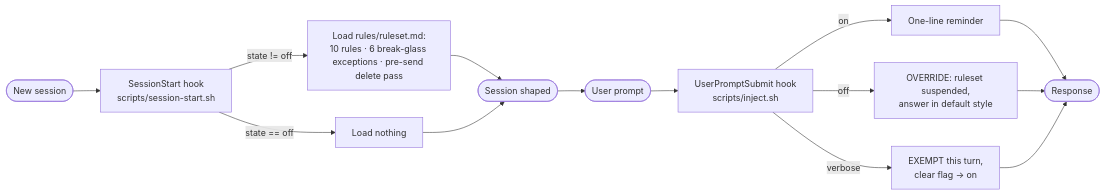
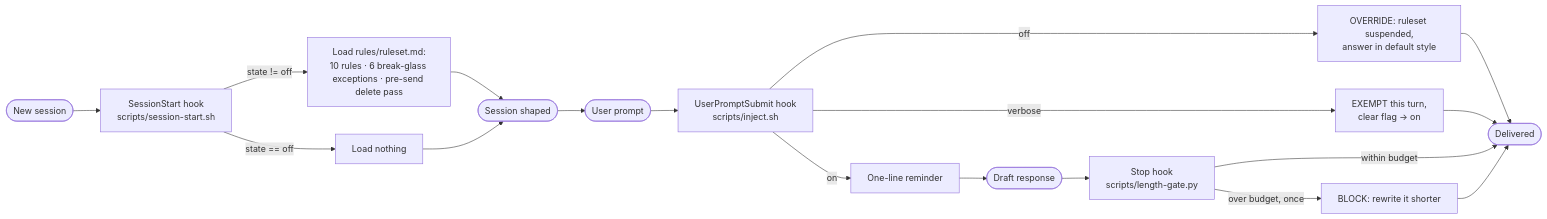
Before and after one commit to alphabravo-oss/guild: the diagram in plugins/tldr/README.md, drawn with Mermaid. The commit also changed other lines of this file and 6 other files, not shown here.

````diff
--- a/plugins/tldr/README.md
+++ b/plugins/tldr/README.md
@@ -41,17 +47,21 @@
 ```mermaid
 flowchart LR
     start([New session]) --> ss[SessionStart hook<br/>scripts/session-start.sh]
     ss -->|state != off| rules["Load rules/ruleset.md:<br/>10 rules · 6 break-glass exceptions · pre-send delete pass"]
     ss -->|state == off| skip[Load nothing]
     rules --> ready([Session shaped])
     skip --> ready
 
     ready --> user([User prompt])
     user --> up[UserPromptSubmit hook<br/>scripts/inject.sh]
     up -->|on| remind["One-line reminder"]
     up -->|off| override["OVERRIDE: ruleset suspended,<br/>answer in default style"]
     up -->|verbose| exempt["EXEMPT this turn,<br/>clear flag → on"]
-    remind --> out([Response])
-    override --> out
+    remind --> draft([Draft response])
+    override --> out([Delivered])
     exempt --> out
+    draft --> stop[Stop hook<br/>scripts/length-gate.py]
+    stop -->|within budget| out
+    stop -->|over budget, once| cut["BLOCK: rewrite it shorter"]
+    cut --> out
 ```
````
